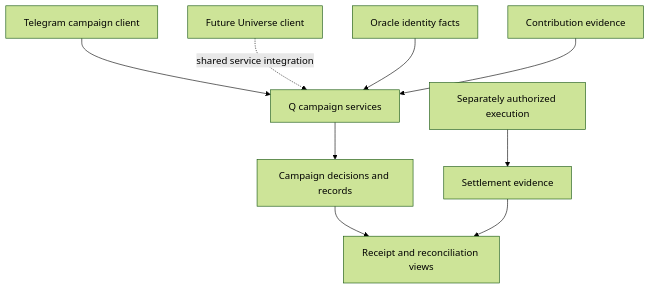
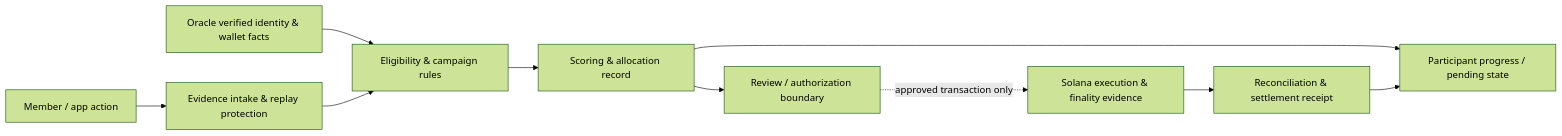
The diagram in case-studies/project-q.md (darealrektrush/darealrektrush), drawn with Mermaid (forest theme) before and after one commit. The commit also changed other lines of this file, not shown here.

Commit message:
docs(case-study): expand project-q architecture and evidence

````diff
--- a/case-studies/project-q.md
+++ b/case-studies/project-q.md
@@ -33,11 +32,12 @@
 ```mermaid
-flowchart TD
-    T["Telegram campaign client"] --> Q["Q campaign services"]
-    U["Future Universe client"] -. "shared service integration" .-> Q
-    O["Oracle identity facts"] --> Q
-    B["Contribution evidence"] --> Q
-    Q --> R["Campaign decisions and records"]
-    E["Separately authorized execution"] --> S["Settlement evidence"]
-    R --> V["Receipt and reconciliation views"]
-    S --> V
+flowchart LR
+  A["Member / app action"] --> E["Evidence intake & replay protection"]
+  O["Oracle verified identity & wallet facts"] --> G["Eligibility & campaign rules"]
+  E --> G
+  G --> S["Scoring & allocation record"]
+  S --> R["Review / authorization boundary"]
+  R -. "approved transaction only" .-> C["Solana execution & finality evidence"]
+  S --> V["Participant progress / pending state"]
+  C --> L["Reconciliation & settlement receipt"]
+  L --> V
 ```
````
